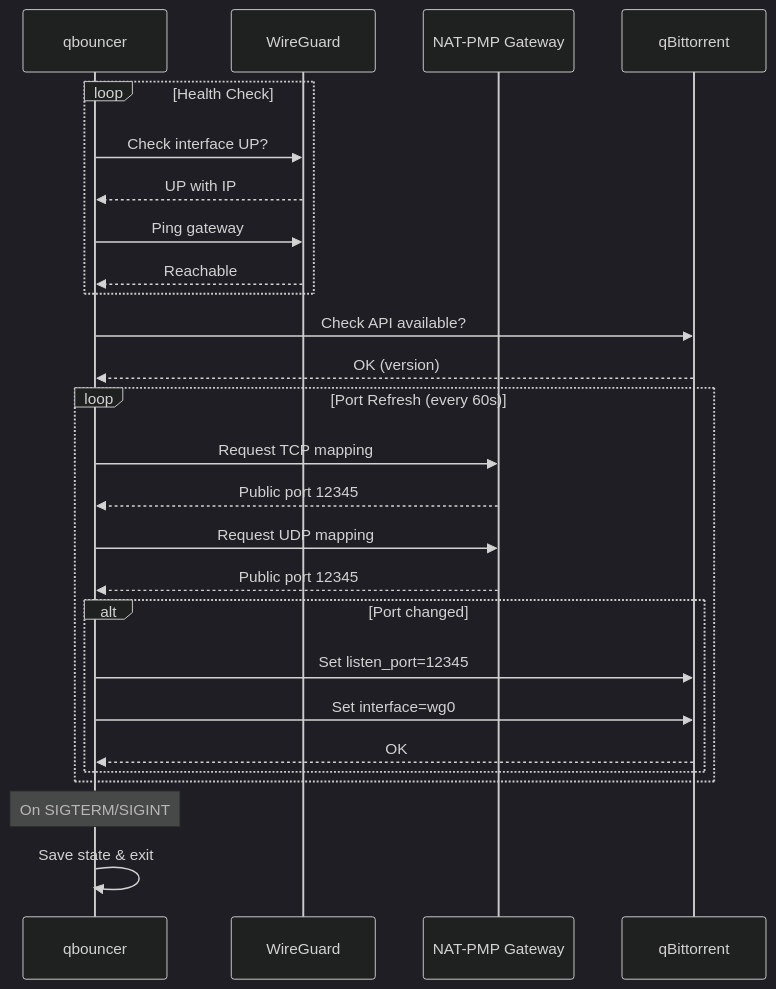
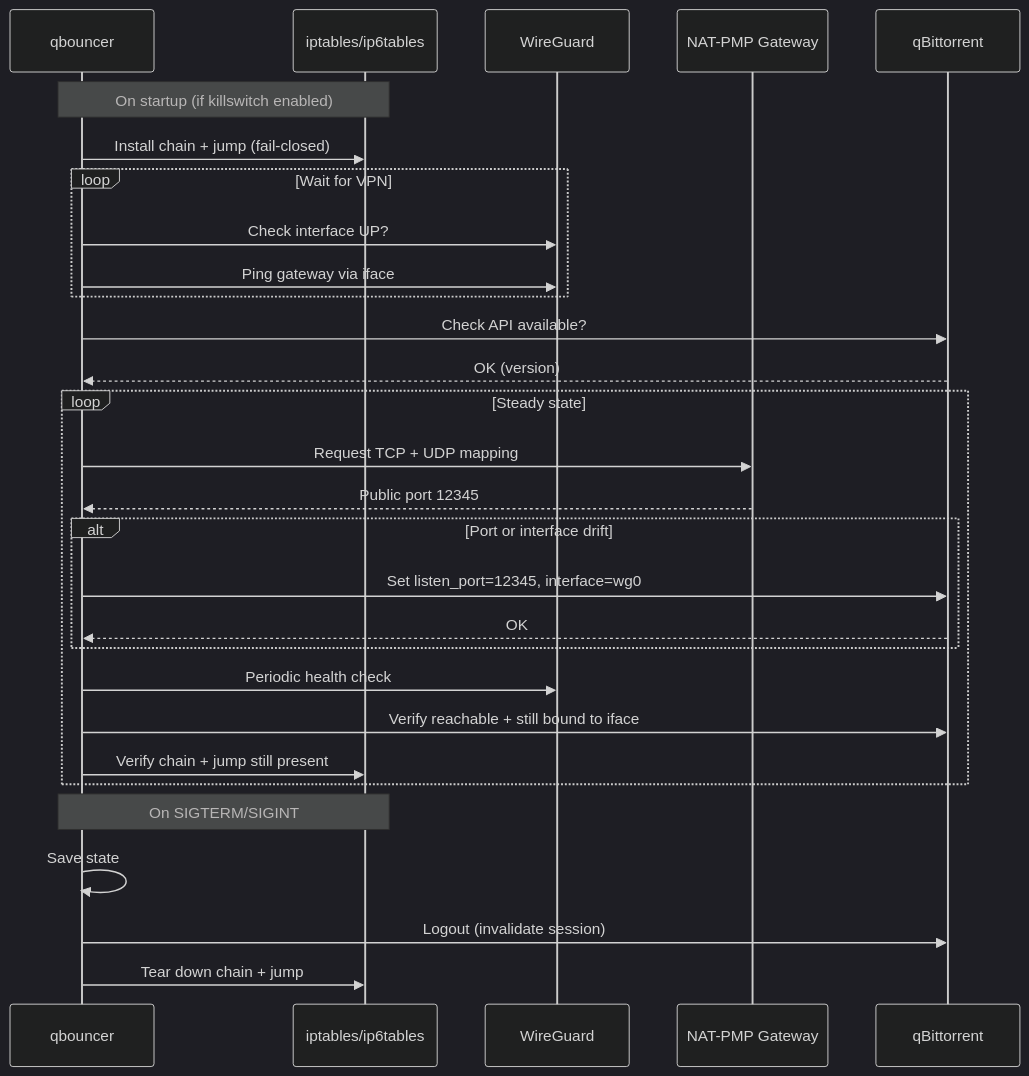
Before and after one commit to vegardx/qbouncer: the diagram in README.md, drawn with Mermaid (dark theme). The commit also changed other lines of this file, not shown here.

````diff
--- a/README.md
+++ b/README.md
@@ -188,33 +215,38 @@
 ```mermaid
 sequenceDiagram
     participant S as qbouncer
+    participant KS as iptables/ip6tables
     participant WG as WireGuard
     participant NAT as NAT-PMP Gateway
     participant QB as qBittorrent
 
-    loop Health Check
+    Note over S,KS: On startup (if killswitch enabled)
+    S->>KS: Install chain + jump (fail-closed)
+
+    loop Wait for VPN
         S->>WG: Check interface UP?
-        WG-->>S: UP with IP
-        S->>WG: Ping gateway
-        WG-->>S: Reachable
+        S->>WG: Ping gateway via iface
     end
 
     S->>QB: Check API available?
     QB-->>S: OK (version)
 
-    loop Port Refresh (every 60s)
-        S->>NAT: Request TCP mapping
+    loop Steady state
+        S->>NAT: Request TCP + UDP mapping
         NAT-->>S: Public port 12345
-        S->>NAT: Request UDP mapping
-        NAT-->>S: Public port 12345
-        
-        alt Port changed
-            S->>QB: Set listen_port=12345
-            S->>QB: Set interface=wg0
+
+        alt Port or interface drift
+            S->>QB: Set listen_port=12345, interface=wg0
             QB-->>S: OK
         end
+
+        S->>WG: Periodic health check
+        S->>QB: Verify reachable + still bound to iface
+        S->>KS: Verify chain + jump still present
     end
 
-    Note over S: On SIGTERM/SIGINT
-    S->>S: Save state & exit
+    Note over S,KS: On SIGTERM/SIGINT
+    S->>S: Save state
+    S->>QB: Logout (invalidate session)
+    S->>KS: Tear down chain + jump
 ```
````
